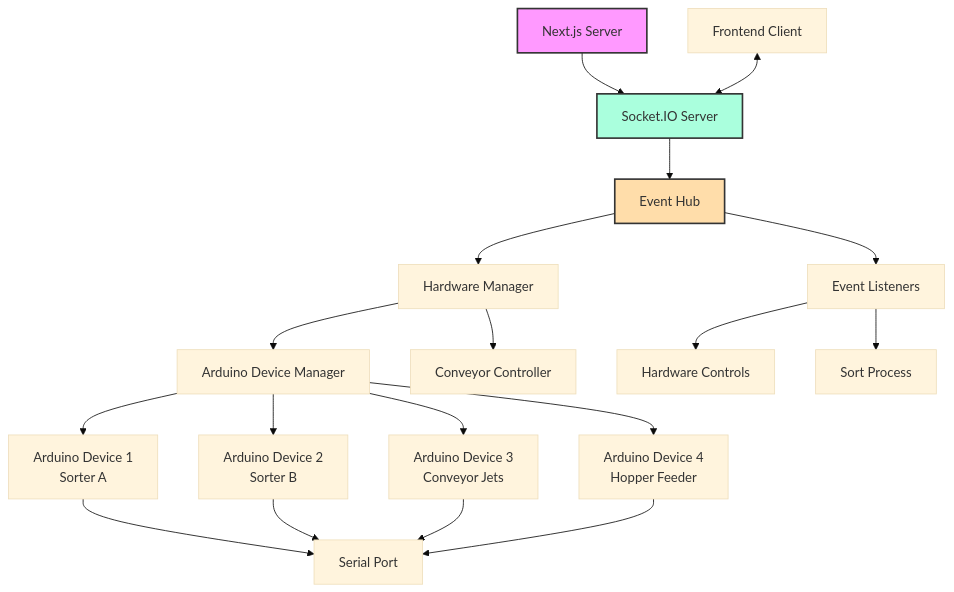
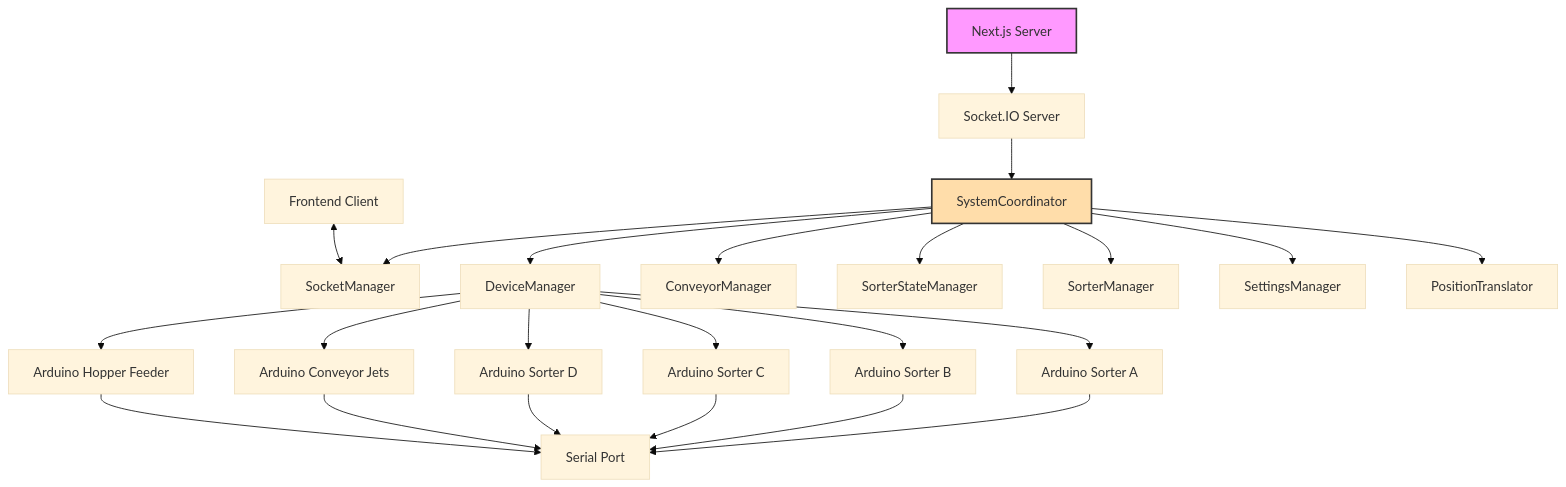
Before and after one commit to 1benisin/rebrick-sorter: the third of 6 diagrams in ARCHITECTURE.md, drawn with Mermaid (base theme). The commit also changed other lines of this file and 44 other files, not shown here.

````diff
--- a/ARCHITECTURE.md
+++ b/ARCHITECTURE.md
@@ -415,29 +417,31 @@
 ```mermaid
 graph TD
     A[Next.js Server] --> B[Socket.IO Server]
-    B --> C[Event Hub]
-    C --> D[Hardware Manager]
-    D --> E[Arduino Device Manager]
-    D --> F[Conveyor Controller]
+    B --> C[SystemCoordinator]
+    C --> D[SocketManager]
+    C --> E[DeviceManager]
+    C --> F[ConveyorManager]
+    C --> G[SorterStateManager]
+    C --> H[SorterManager]
+    C --> I[SettingsManager]
+    C --> J[PositionTranslator]
 
-    E --> G[Arduino Device 1<br/>Sorter A]
-    E --> H[Arduino Device 2<br/>Sorter B]
-    E --> I[Arduino Device 3<br/>Conveyor Jets]
-    E --> J[Arduino Device 4<br/>Hopper Feeder]
+    E --> K[Arduino Sorter A]
+    E --> L[Arduino Sorter B]
+    E --> M[Arduino Sorter C]
+    E --> N[Arduino Sorter D]
+    E --> O[Arduino Conveyor Jets]
+    E --> P[Arduino Hopper Feeder]
 
-    %% Event Flow
-    K[Frontend Client] <--> B
-    C --> L[Event Listeners]
-    L --> M[Hardware Controls]
-    L --> N[Sort Process]
+    K --> Q[Serial Port]
+    L --> Q
+    M --> Q
+    N --> Q
+    O --> Q
+    P --> Q
 
-    %% Hardware Communication
-    G --> O[Serial Port]
-    H --> O
-    I --> O
-    J --> O
+    Frontend[Frontend Client] <--> D
 
     style A fill:#f9f,stroke:#333,stroke-width:2px
-    style B fill:#afd,stroke:#333,stroke-width:2px
     style C fill:#fda,stroke:#333,stroke-width:2px
 ```
````
